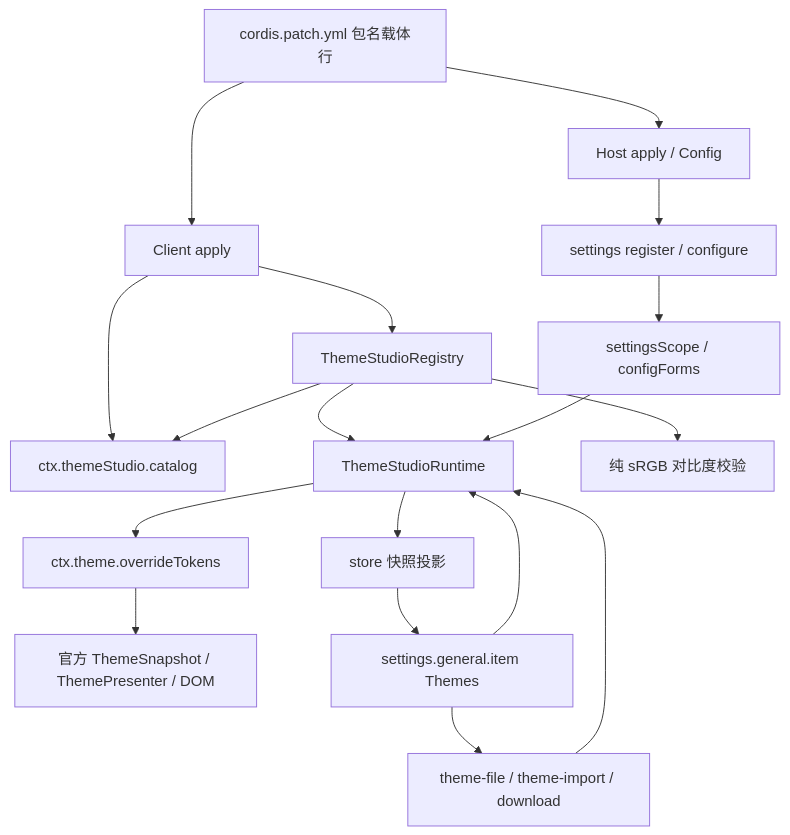
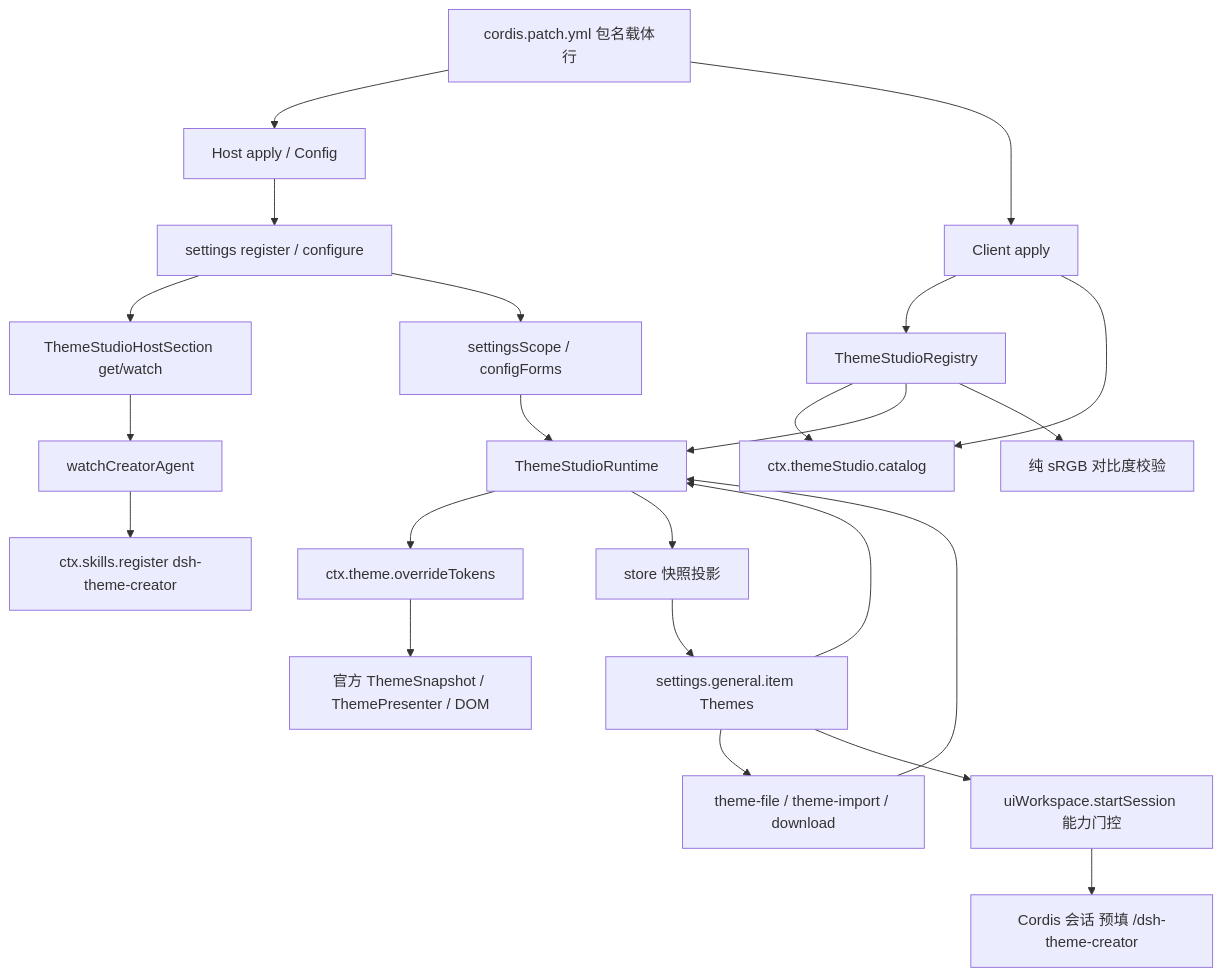
Before and after one commit to cherrchen/dsh-theme-studio: the diagram in docs/architecture/theme-studio.md, drawn with Mermaid. The commit also changed other lines of this file and 45 other files, not shown here.

Commit message:
feat(creator): Theme Creator via runtime skill with visibility modes (#11)

````diff
--- a/docs/architecture/theme-studio.md
+++ b/docs/architecture/theme-studio.md
@@ -13,20 +13,25 @@
 ```mermaid
 flowchart TD
   Profile[cordis.patch.yml 包名载体行] --> Host[Host apply / Config]
   Profile --> Client[Client apply]
   Host --> Settings[settings register / configure]
+  Settings --> Section[ThemeStudioHostSection get/watch]
+  Section --> CreatorW[watchCreatorAgent]
+  CreatorW --> Skills[ctx.skills.register dsh-theme-creator]
   Settings --> Transport[settingsScope / configForms]
   Client --> Catalog[ThemeStudioRegistry]
   Client --> Service[ctx.themeStudio.catalog]
   Catalog --> Service
   Catalog --> Runtime[ThemeStudioRuntime]
   Transport --> Runtime
   Runtime --> Theme[ctx.theme.overrideTokens]
   Theme --> Presenter[官方 ThemeSnapshot / ThemePresenter / DOM]
   Runtime --> Store[store 快照投影]
   Store --> Row[settings.general.item Themes]
   Row --> Runtime
   Catalog --> Contrast[纯 sRGB 对比度校验]
   Row --> FileIO[theme-file / theme-import / download]
   FileIO --> Runtime
+  Row --> UW[uiWorkspace.startSession 能力门控]
+  UW --> Session[Cordis 会话 预填 /dsh-theme-creator]
 ```
````
